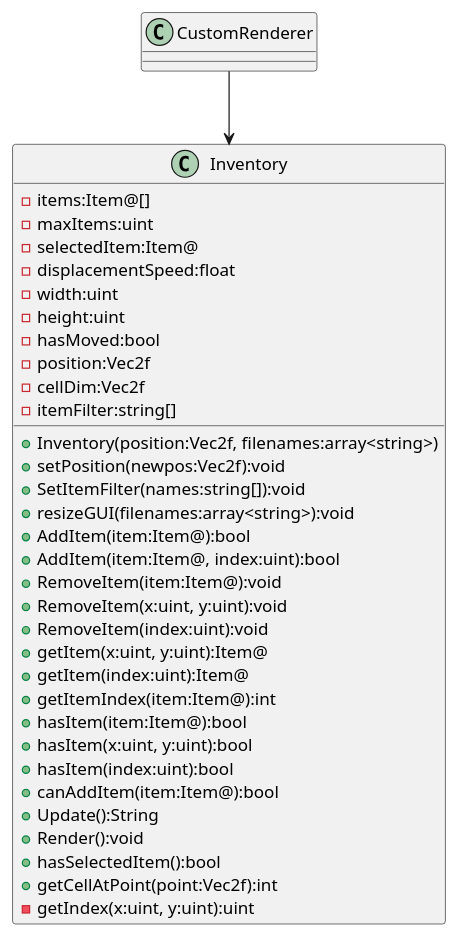
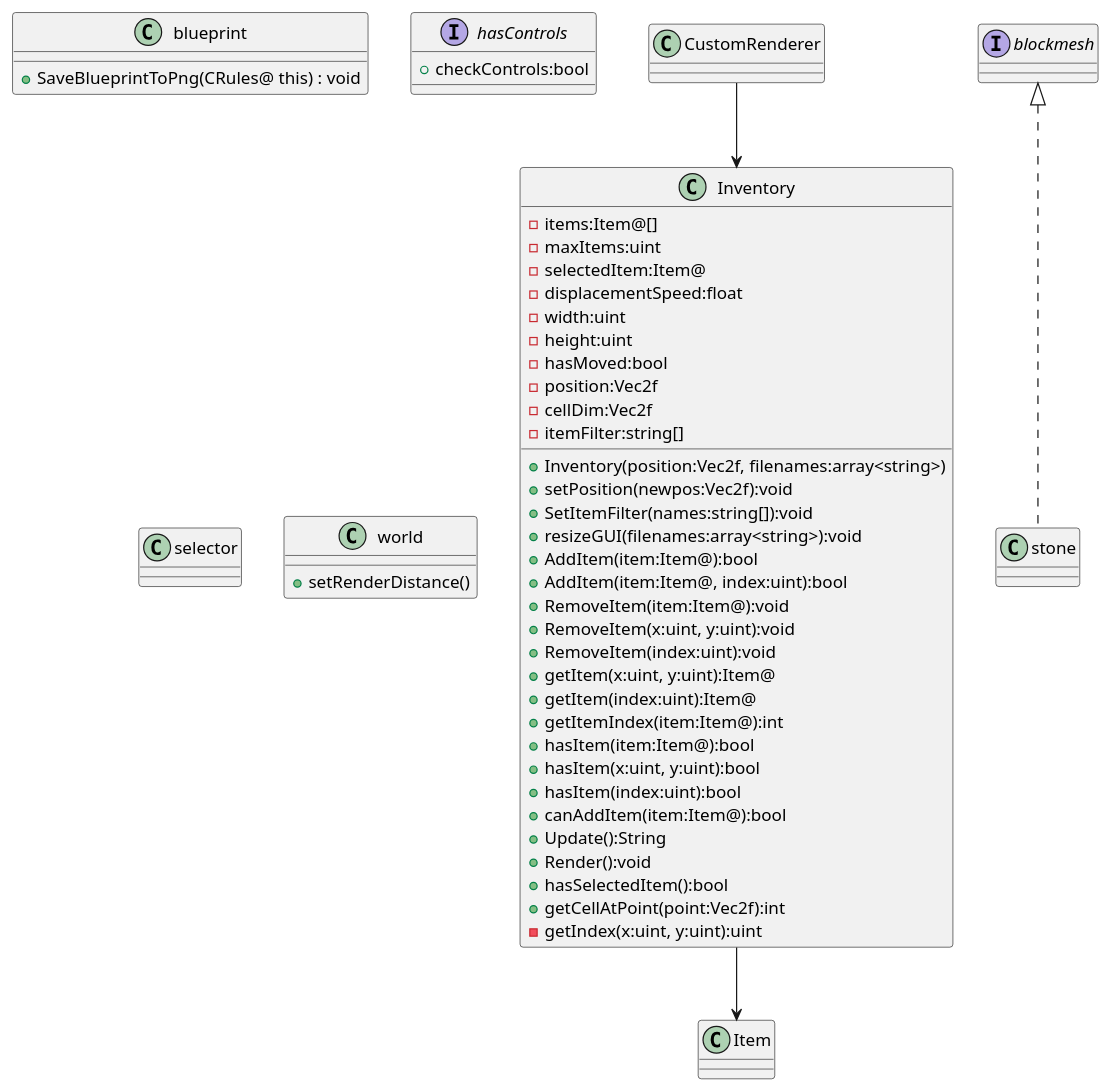
One commit to Kuift/GuiftsDynamicBlueprint changed the diagram in CodeStructure.puml. Above: the diagram before and after it, drawn with PlantUML. The commit also changed 2 other files, not shown here.

Commit message:
updated sync issue with flip, updated readme and plantuml

```diff
--- a/CodeStructure.puml
+++ b/CodeStructure.puml
@@ -2,40 +2,65 @@
 @startuml
 class Inventory
 {
 	- items:Item@[]
 	- maxItems:uint
 	- selectedItem:Item@
 	- displacementSpeed:float
 	- width:uint
 	- height:uint
 	- hasMoved:bool
 	- position:Vec2f
 	- cellDim:Vec2f
 	- itemFilter:string[]
 
 	+ Inventory(position:Vec2f, filenames:array<string>)
 	+ setPosition(newpos:Vec2f):void
 	+ SetItemFilter(names:string[]):void
 	+ resizeGUI(filenames:array<string>):void
 	+ AddItem(item:Item@):bool
 	+ AddItem(item:Item@, index:uint):bool
 	+ RemoveItem(item:Item@):void
 	+ RemoveItem(x:uint, y:uint):void
 	+ RemoveItem(index:uint):void
 	+ getItem(x:uint, y:uint):Item@
 	+ getItem(index:uint):Item@
 	+ getItemIndex(item:Item@):int
 	+ hasItem(item:Item@):bool
 	+ hasItem(x:uint, y:uint):bool
 	+ hasItem(index:uint):bool
 	+ canAddItem(item:Item@):bool
 	+ Update():String
 	+ Render():void
 	+ hasSelectedItem():bool
 	+ getCellAtPoint(point:Vec2f):int
 	- getIndex(x:uint, y:uint):uint
 }
 
+class blueprint
+{
+ + SaveBlueprintToPng(CRules@ this) : void
+}
+interface blockmesh
+{
+}
+interface hasControls
+{
+	+checkControls:bool
+}
+class stone implements blockmesh
+{
+
+}
+class selector
+{
+
+}
+class world
+{
+	+setRenderDistance()
+}
+
 CustomRenderer  -down-> Inventory
+Inventory --> Item
 
 @enduml
```
